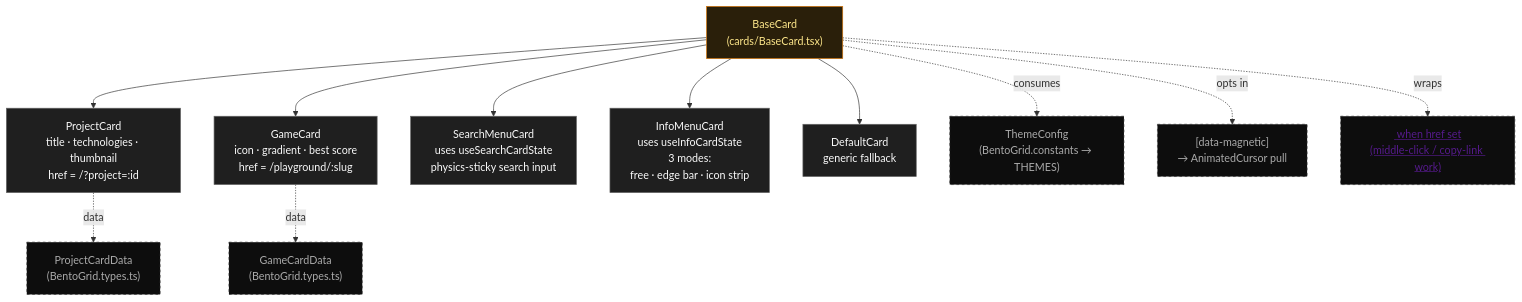
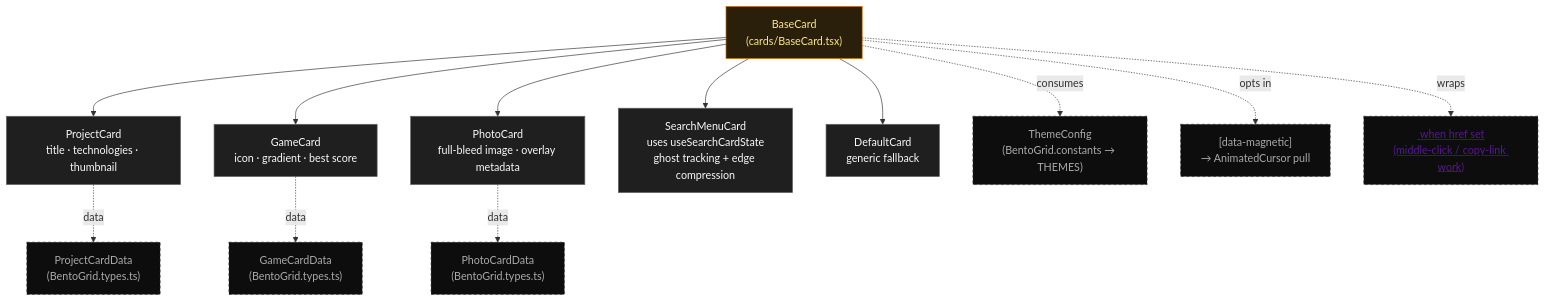
Before and after one commit to ANonABento/BentoSite: the third of 3 diagrams in docs/architecture.md, drawn with Mermaid. The commit also changed other lines of this file and 9 other files, not shown here.

````diff
--- a/docs/architecture.md
+++ b/docs/architecture.md
@@ -145,24 +145,25 @@
 ```mermaid
 graph TD
   Base["BaseCard<br/>(cards/BaseCard.tsx)"]
 
-  Base --> Project["ProjectCard<br/>title · technologies · thumbnail<br/>href = /?project=:id"]
-  Base --> Game["GameCard<br/>icon · gradient · best score<br/>href = /playground/:slug"]
-  Base --> Search["SearchMenuCard<br/>uses useSearchCardState<br/>physics-sticky search input"]
-  Base --> Info["InfoMenuCard<br/>uses useInfoCardState<br/>3 modes:<br/>free · edge bar · icon strip"]
+  Base --> Project["ProjectCard<br/>title · technologies · thumbnail"]
+  Base --> Game["GameCard<br/>icon · gradient · best score"]
+  Base --> Photo["PhotoCard<br/>full-bleed image · overlay metadata"]
+  Base --> Search["SearchMenuCard<br/>uses useSearchCardState<br/>ghost tracking + edge compression"]
   Base --> Default["DefaultCard<br/>generic fallback"]
 
   Project -. data .-> ProjectData["ProjectCardData<br/>(BentoGrid.types.ts)"]
   Game    -. data .-> GameData["GameCardData<br/>(BentoGrid.types.ts)"]
+  Photo   -. data .-> PhotoData["PhotoCardData<br/>(BentoGrid.types.ts)"]
 
   Base -. consumes .-> Theme["ThemeConfig<br/>(BentoGrid.constants → THEMES)"]
   Base -. opts in .-> Magnetic["[data-magnetic]<br/>→ AnimatedCursor pull"]
   Base -. wraps .-> Anchor["<a href> when href set<br/>(middle-click / copy-link work)"]
 
   classDef base fill:#2a1f0a,stroke:#d97706,color:#fde68a
   classDef child fill:#1f1f1f,stroke:#666,color:#fafafa
   classDef note fill:#0d0d0d,stroke:#333,color:#aaa,stroke-dasharray: 4 4
   class Base base
-  class Project,Game,Search,Info,Default child
-  class ProjectData,GameData,Theme,Magnetic,Anchor note
+  class Project,Game,Photo,Search,Default child
+  class ProjectData,GameData,PhotoData,Theme,Magnetic,Anchor note
 ```
````
